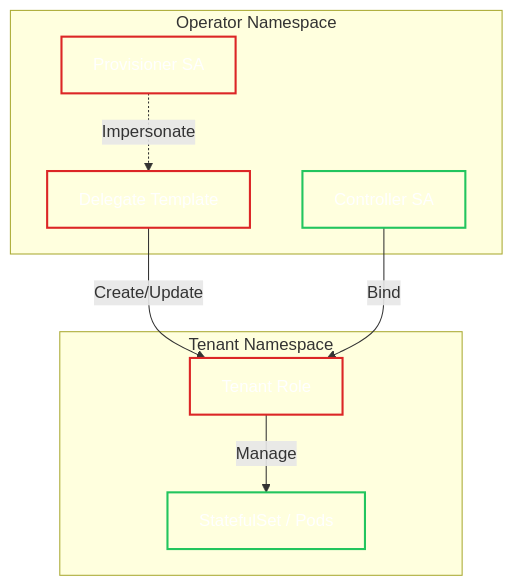
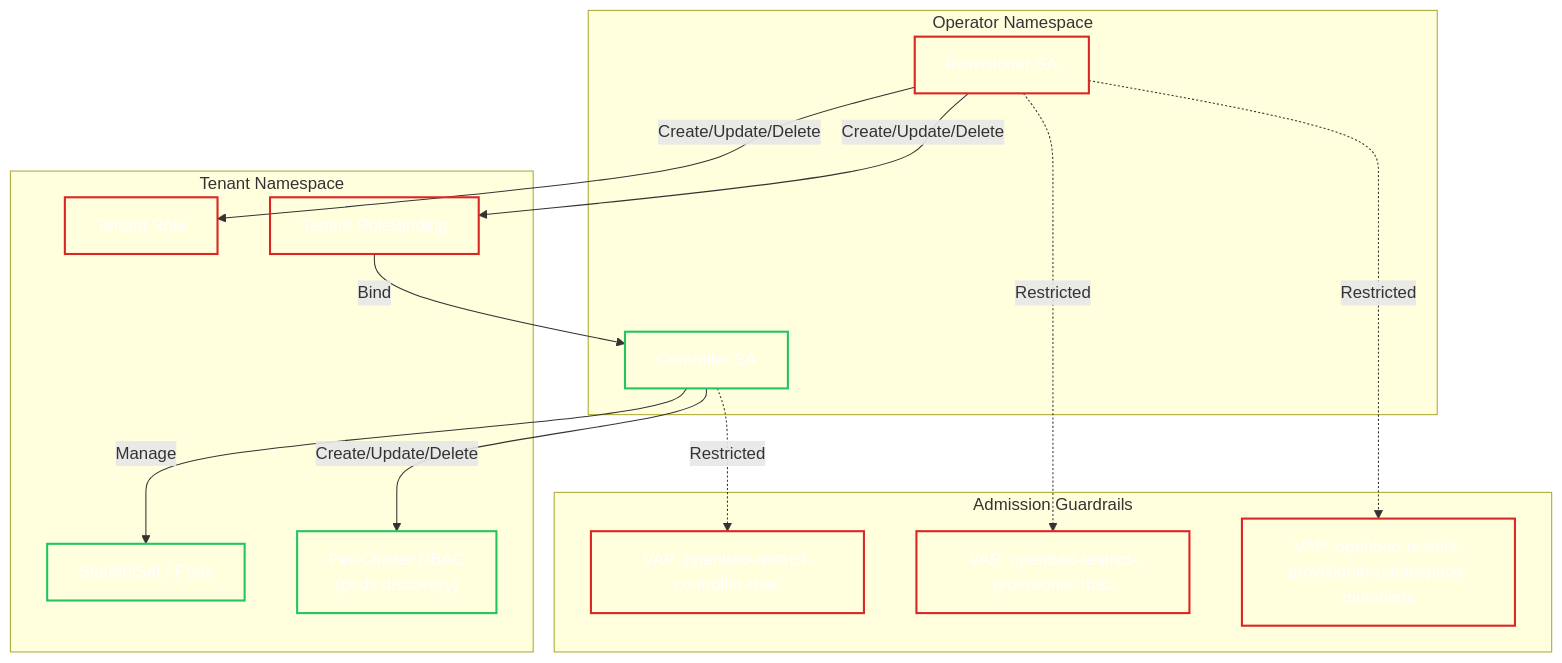
The diagram in docs/security/infrastructure/rbac.md (dc-tec/openbao-operator), drawn with Mermaid before and after one commit. The commit also changed other lines of this file and 4 other files, not shown here.

First line of the commit message:
docs(security): update admission policy docs

````diff
--- a/docs/security/infrastructure/rbac.md
+++ b/docs/security/infrastructure/rbac.md
@@ -10,29 +10,41 @@
 ```mermaid
 flowchart TB
     subgraph OperatorNS ["Operator Namespace"]
         Prov["Provisioner SA"]
         Ctrl["Controller SA"]
-        Tmpl["Delegate Template"]
     end
 
     subgraph TenantNS ["Tenant Namespace"]
         TRole["Tenant Role"]
+        TRB["Tenant RoleBinding"]
+        CRBAC["Per-Cluster RBAC<br/>(pods discovery)"]
         Workload["StatefulSet / Pods"]
     end
 
+    subgraph Policies ["Admission Guardrails"]
+        PVAP["VAP: openbao-restrict-provisioner-rbac"]
+        NVAP["VAP: openbao-restrict-provisioner-namespace-mutations"]
+        CVAP["VAP: openbao-restrict-controller-rbac"]
+    end
+
     %% Provisioner Flow
-    Prov -.->|"Impersonate"| Tmpl
-    Tmpl --"Create/Update"--> TRole
+    Prov --"Create/Update/Delete"--> TRole
+    Prov --"Create/Update/Delete"--> TRB
+    Prov -. "Restricted" .-> PVAP
+    Prov -. "Restricted" .-> NVAP
 
     %% Controller Flow
-    Ctrl --"Bind"--> TRole
-    TRole --"Manage"--> Workload
+    TRB --"Bind"--> Ctrl
+    Ctrl --"Manage"--> Workload
+    Ctrl --"Create/Update/Delete"--> CRBAC
+    Ctrl -. "Restricted" .-> CVAP
 
     %% Styling
     classDef security fill:transparent,stroke:#dc2626,stroke-width:2px,color:#fff;
     classDef write fill:transparent,stroke:#22c55e,stroke-width:2px,color:#fff;
     classDef read fill:transparent,stroke:#60a5fa,stroke-width:2px,color:#fff;
 
-    class Prov,Tmpl,TRole security;
+    class Prov,TRole,TRB,PVAP,NVAP,CVAP security;
     class Ctrl,Workload write;
+    class CRBAC write;
 ```
````
